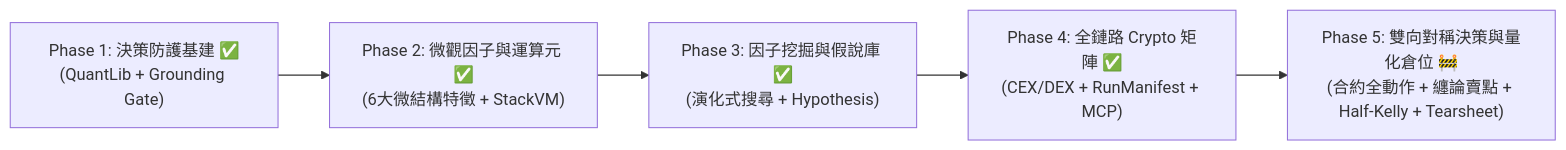
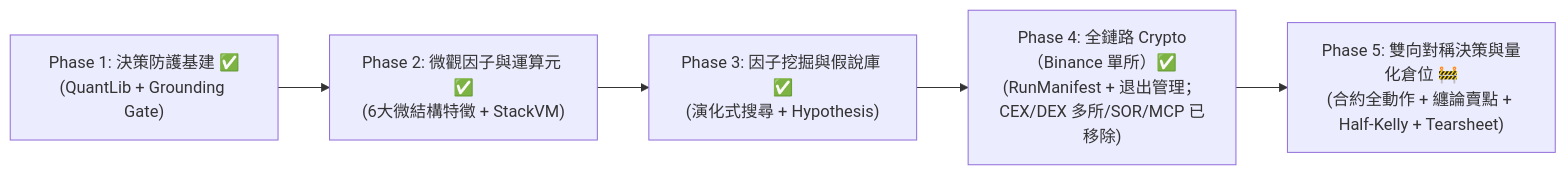
Before and after one commit to dimx9173/vibe-trading-encyc: the diagram in docs/research/evolution-roadmap.md, drawn with Mermaid. The commit also changed other lines of this file and 20 other files, not shown here.

````diff
--- a/docs/research/evolution-roadmap.md
+++ b/docs/research/evolution-roadmap.md
@@ -20,7 +20,7 @@
 ```mermaid
 graph LR
     P1["Phase 1: 決策防護基建 ✅<br>(QuantLib + Grounding Gate)"] --> P2["Phase 2: 微觀因子與運算元 ✅<br>(6大微結構特徵 + StackVM)"]
     P2 --> P3["Phase 3: 因子挖掘與假說庫 ✅<br>(演化式搜尋 + Hypothesis)"]
-    P3 --> P4["Phase 4: 全鏈路 Crypto 矩陣 ✅<br>(CEX/DEX + RunManifest + MCP)"]
+    P3 --> P4["Phase 4: 全鏈路 Crypto（Binance 單所）✅<br>(RunManifest + 退出管理；CEX/DEX 多所/SOR/MCP 已移除)"]
     P4 --> P5["Phase 5: 雙向對稱決策與量化倉位 🚧<br>(合約全動作 + 纏論賣點 + Half-Kelly + Tearsheet)"]
 ```
````
